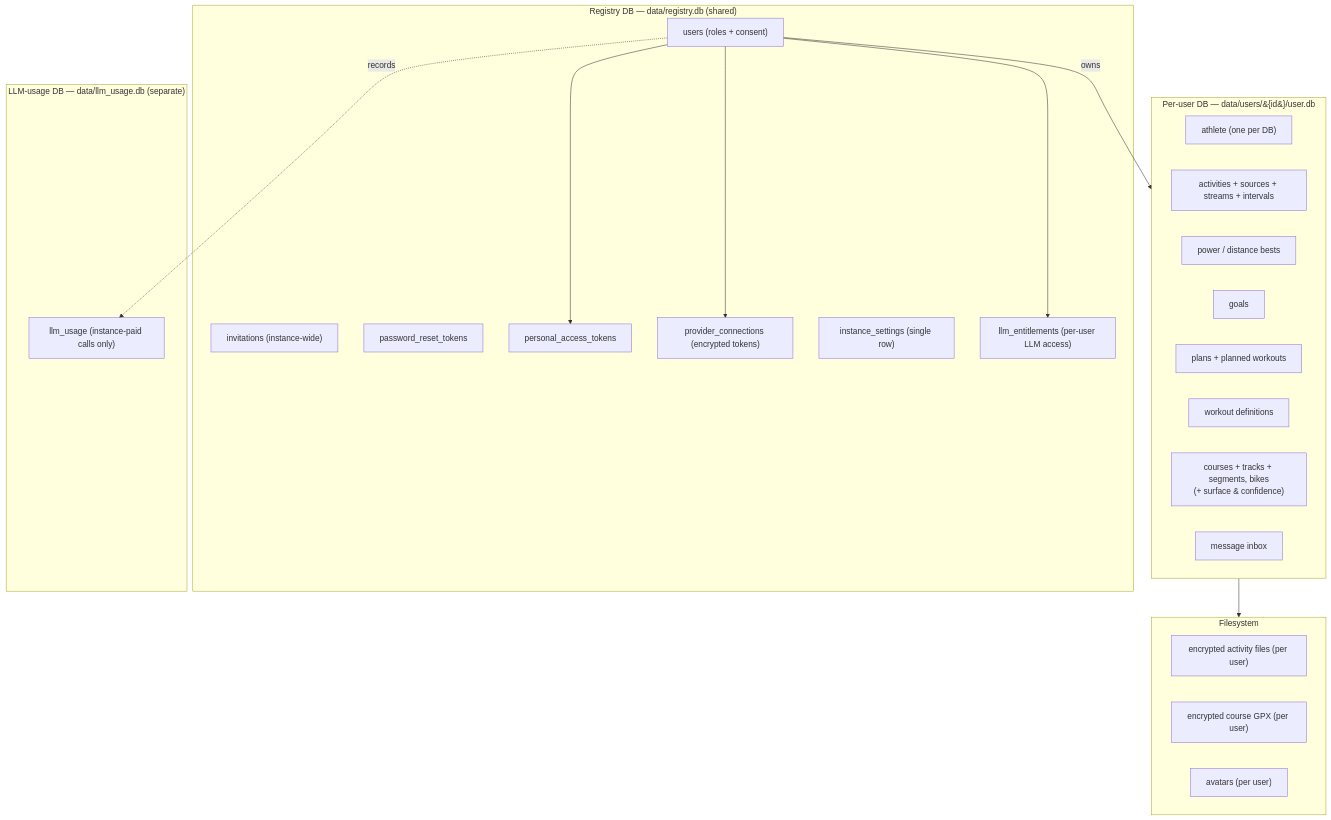
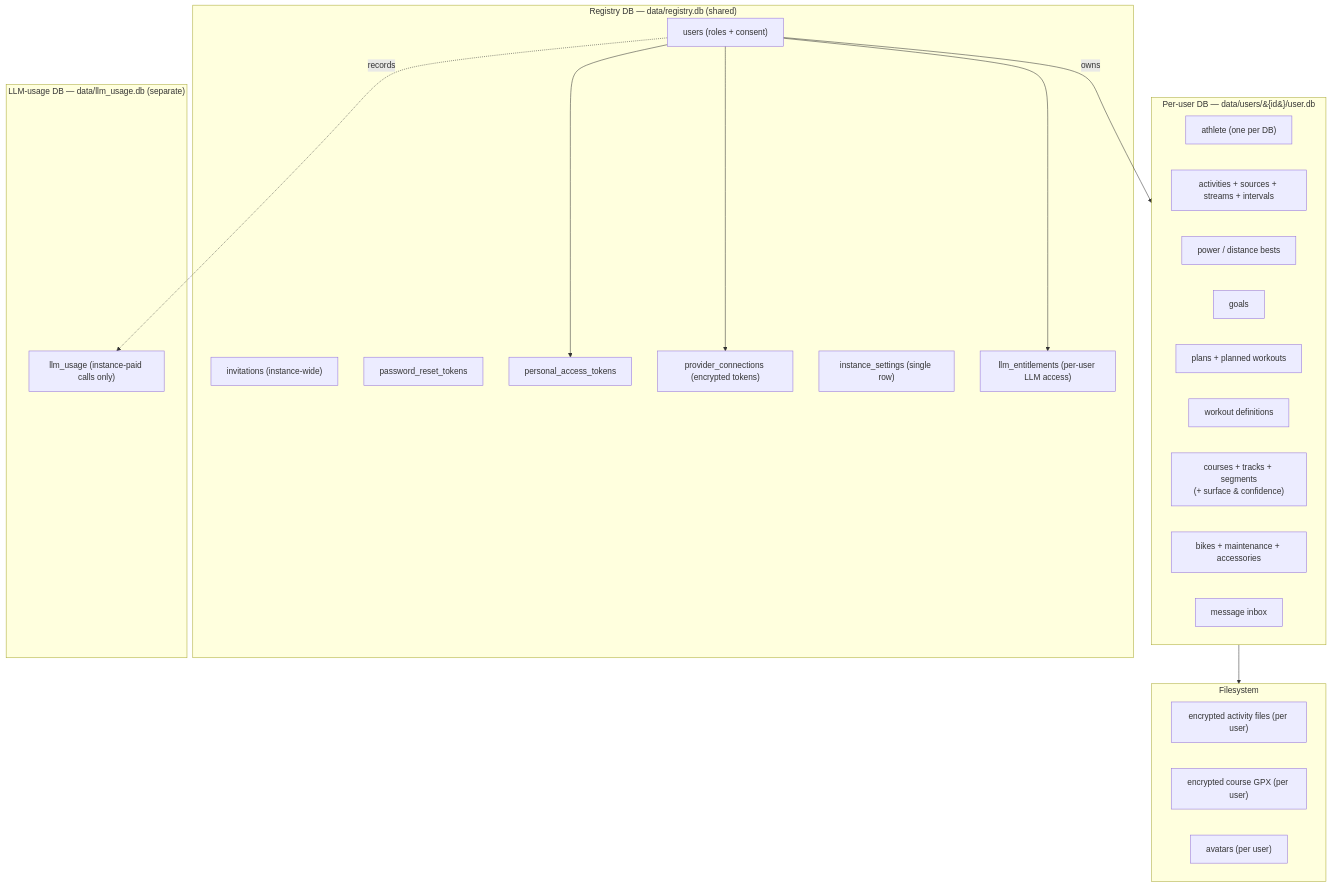
Before and after one commit to openkoutsi/openkoutsi-arch: the diagram in docs/architecture/data-model.md, drawn with Mermaid. The commit also changed other lines of this file and 2 other files, not shown here.

First line of the commit message:
Document the garage in the architecture docs (#64)

````diff
--- a/docs/architecture/data-model.md
+++ b/docs/architecture/data-model.md
@@ -9,36 +9,37 @@
 ```mermaid
 flowchart TD
     subgraph Registry["Registry DB — data/registry.db (shared)"]
         U["users (roles + consent)"]
         I["invitations (instance-wide)"]
         PR["password_reset_tokens"]
         PAT["personal_access_tokens"]
         PC["provider_connections (encrypted tokens)"]
         IS["instance_settings (single row)"]
         EN["llm_entitlements (per-user LLM access)"]
     end
     subgraph Usage["LLM-usage DB — data/llm_usage.db (separate)"]
         LU["llm_usage (instance-paid calls only)"]
     end
     subgraph PerUser["Per-user DB — data/users/&#123;id&#125;/user.db"]
         Ath["athlete (one per DB)"]
         Act["activities + sources + streams + intervals"]
         Best["power / distance bests"]
         Goals["goals"]
         Plans["plans + planned workouts"]
         Work["workout definitions"]
-        Crs["courses + tracks + segments, bikes<br/>(+ surface & confidence)"]
+        Crs["courses + tracks + segments<br/>(+ surface & confidence)"]
+        Grg["bikes + maintenance + accessories"]
         Msg["message inbox"]
     end
     subgraph Files["Filesystem"]
         Fit["encrypted activity files (per user)"]
         Crsf["encrypted course GPX (per user)"]
         Av["avatars (per user)"]
     end
     U -->|owns| PerUser
     U --> PC
     U --> EN
     U --> PAT
     U -.records.-> LU
     PerUser --> Files
 ```
````
